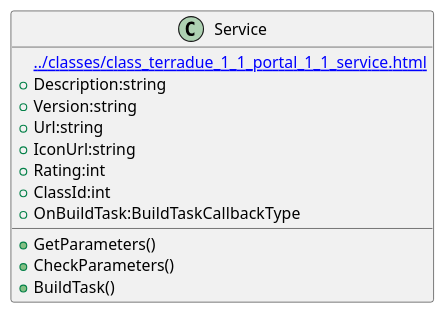
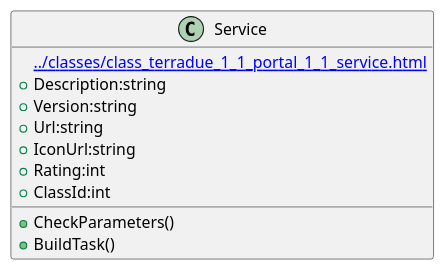
Before and after one commit to urban-tep/DDF-SDD: the diagram in source/classes/class_terradue_1_1_portal_1_1_service.iuml, drawn with PlantUML. The commit also changed 55 other files, not shown here.

```diff
--- a/source/classes/class_terradue_1_1_portal_1_1_service.iuml
+++ b/source/classes/class_terradue_1_1_portal_1_1_service.iuml
@@ -1,15 +1,13 @@
 @startuml
 class Service {
 [[../classes/class_terradue_1_1_portal_1_1_service.html]]
  +Description:string
  +Version:string
  +Url:string
  +IconUrl:string
  +Rating:int
  +ClassId:int
- +OnBuildTask:BuildTaskCallbackType
- +GetParameters()
  +CheckParameters()
  +BuildTask()
 }
 @enduml
```
